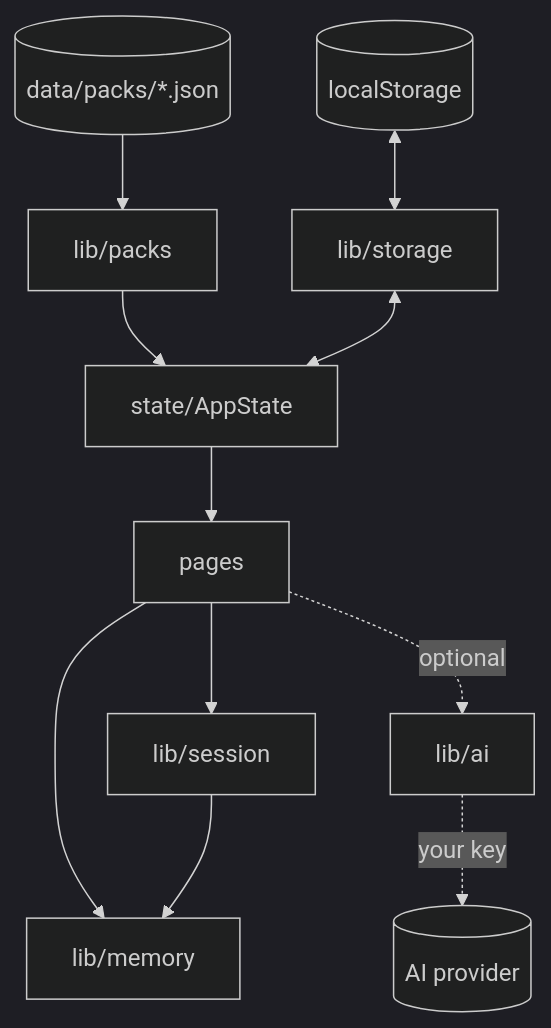
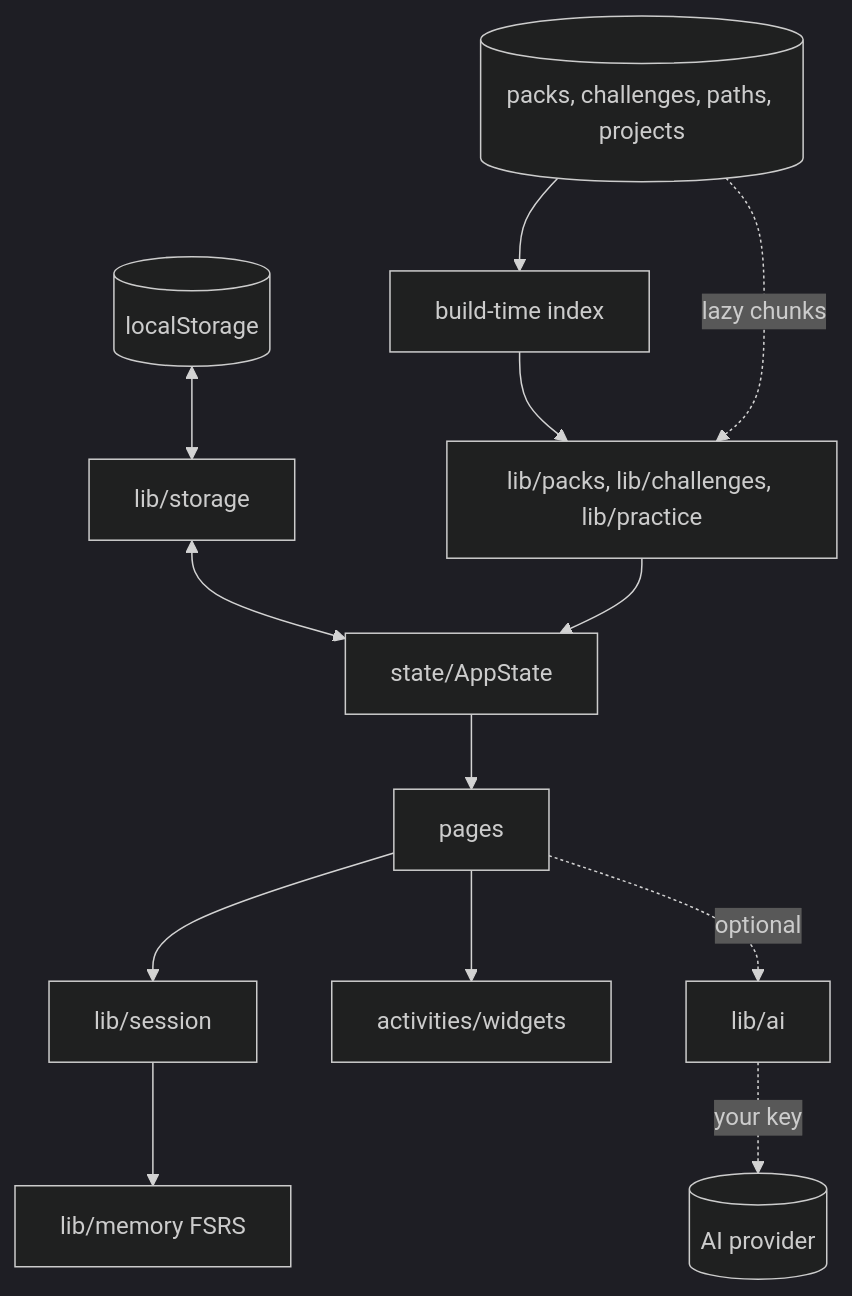
Before and after one commit to H4ch1Net/Recurse: the second of 2 diagrams in README.md, drawn with Mermaid (dark theme). The commit also changed other lines of this file and 22 other files, not shown here.

First line of the commit message:
Checkpoint: IOS console widget in progress, README and roadmap for 3.0, deeper packs

````diff
--- a/README.md
+++ b/README.md
@@ -235,11 +305,13 @@
 ```mermaid
 flowchart TB
-    Packs[(data/packs/*.json)] --> PacksLib[lib/packs]
-    PacksLib --> State[state/AppState]
-    Storage[(localStorage)] <--> StorageLib[lib/storage] <--> State
+    Packs[(packs, challenges, paths, projects)] --> Index[build-time index]
+    Index --> Lib[lib/packs, lib/challenges, lib/practice]
+    Packs -. lazy chunks .-> Lib
+    Storage[(localStorage)] <--> StorageLib[lib/storage] <--> State[state/AppState]
+    Lib --> State
     State --> Pages[pages]
     Pages --> Session[lib/session]
-    Pages --> Memory[lib/memory]
-    Session --> Memory
+    Pages --> Widgets[activities/widgets]
+    Session --> Memory[lib/memory FSRS]
     Pages -. optional .-> AI[lib/ai] -. your key .-> Provider[(AI provider)]
 ```
````
